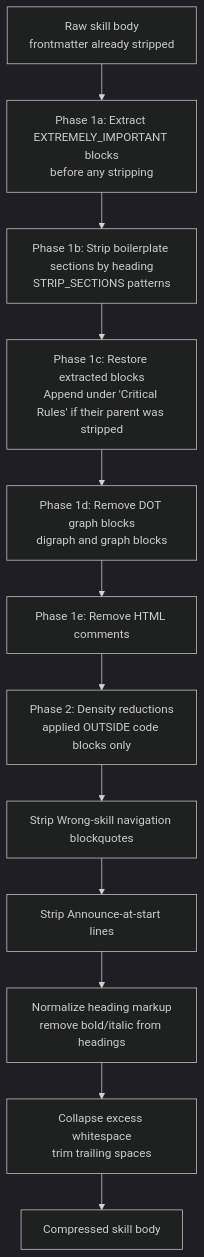
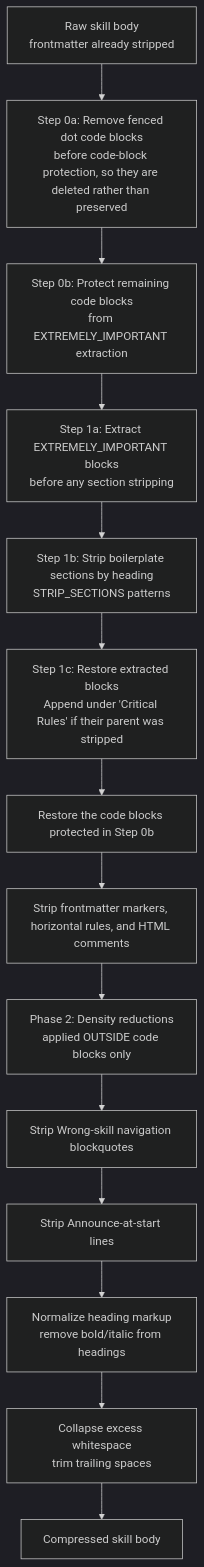
Before and after one commit to bordenet/superpowers-plus: the fourth of 9 diagrams in docs/DESIGN.md, drawn with Mermaid (dark theme). The commit also changed other lines of this file and 8 other files, not shown here.

````diff
--- a/docs/DESIGN.md
+++ b/docs/DESIGN.md
@@ -299,20 +299,22 @@
 ```mermaid
 flowchart TD
     IN[Raw skill body<br/>frontmatter already stripped]
 
-    IN --> EX[Phase 1a: Extract EXTREMELY_IMPORTANT blocks<br/>before any stripping]
-    EX --> STRIP[Phase 1b: Strip boilerplate sections by heading<br/>STRIP_SECTIONS patterns]
+    IN --> DOT[Step 0a: Remove fenced dot code blocks<br/>before code-block protection, so they are deleted rather than preserved]
+    DOT --> PROTECT[Step 0b: Protect remaining code blocks<br/>from EXTREMELY_IMPORTANT extraction]
+    PROTECT --> EX[Step 1a: Extract EXTREMELY_IMPORTANT blocks<br/>before any section stripping]
+    EX --> STRIP[Step 1b: Strip boilerplate sections by heading<br/>STRIP_SECTIONS patterns]
 
-    STRIP --> RESTORE[Phase 1c: Restore extracted blocks<br/>Append under 'Critical Rules' if their parent was stripped]
+    STRIP --> RESTORE[Step 1c: Restore extracted blocks<br/>Append under 'Critical Rules' if their parent was stripped]
 
-    RESTORE --> DOT[Phase 1d: Remove DOT graph blocks<br/>digraph and graph blocks]
-    DOT --> HTML[Phase 1e: Remove HTML comments]
+    RESTORE --> UNPROTECT[Restore the code blocks protected in Step 0b]
+    UNPROTECT --> HTML[Strip frontmatter markers, horizontal rules, and HTML comments]
 
     HTML --> D2[Phase 2: Density reductions<br/>applied OUTSIDE code blocks only]
 
     D2 --> NAV[Strip Wrong-skill navigation blockquotes]
     NAV --> ANN[Strip Announce-at-start lines]
     ANN --> HEAD[Normalize heading markup<br/>remove bold/italic from headings]
     HEAD --> WS[Collapse excess whitespace<br/>trim trailing spaces]
     WS --> OUT[Compressed skill body]
 ```
````
